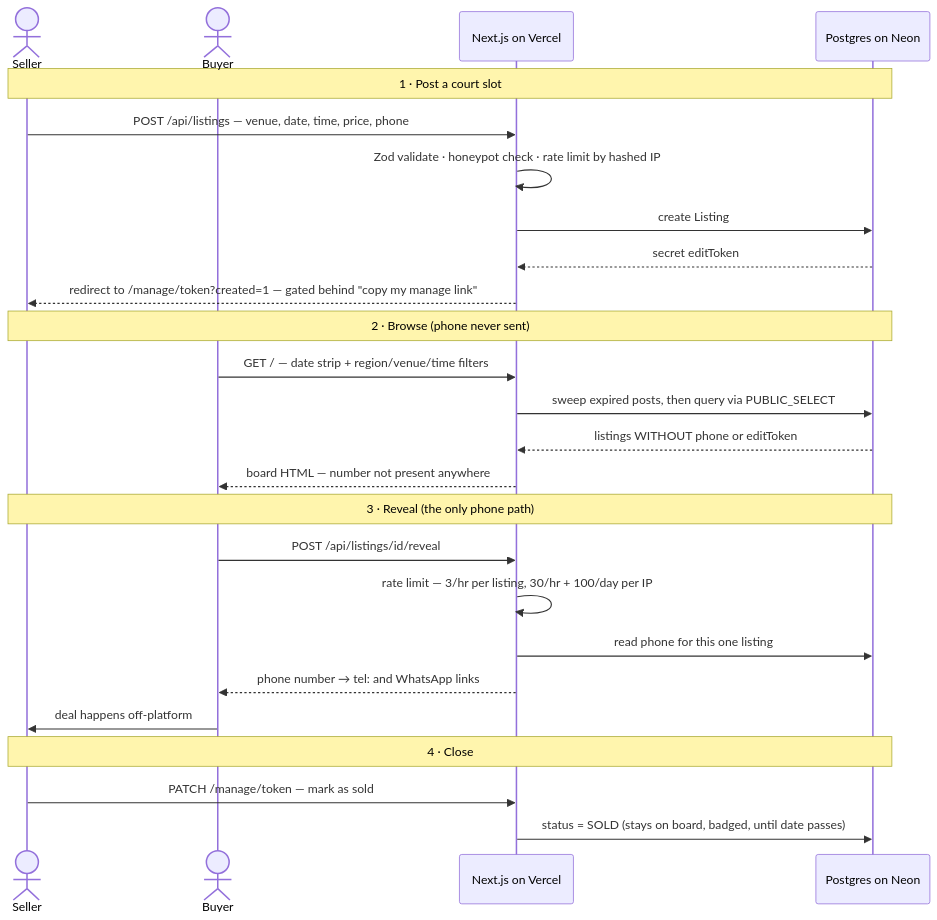
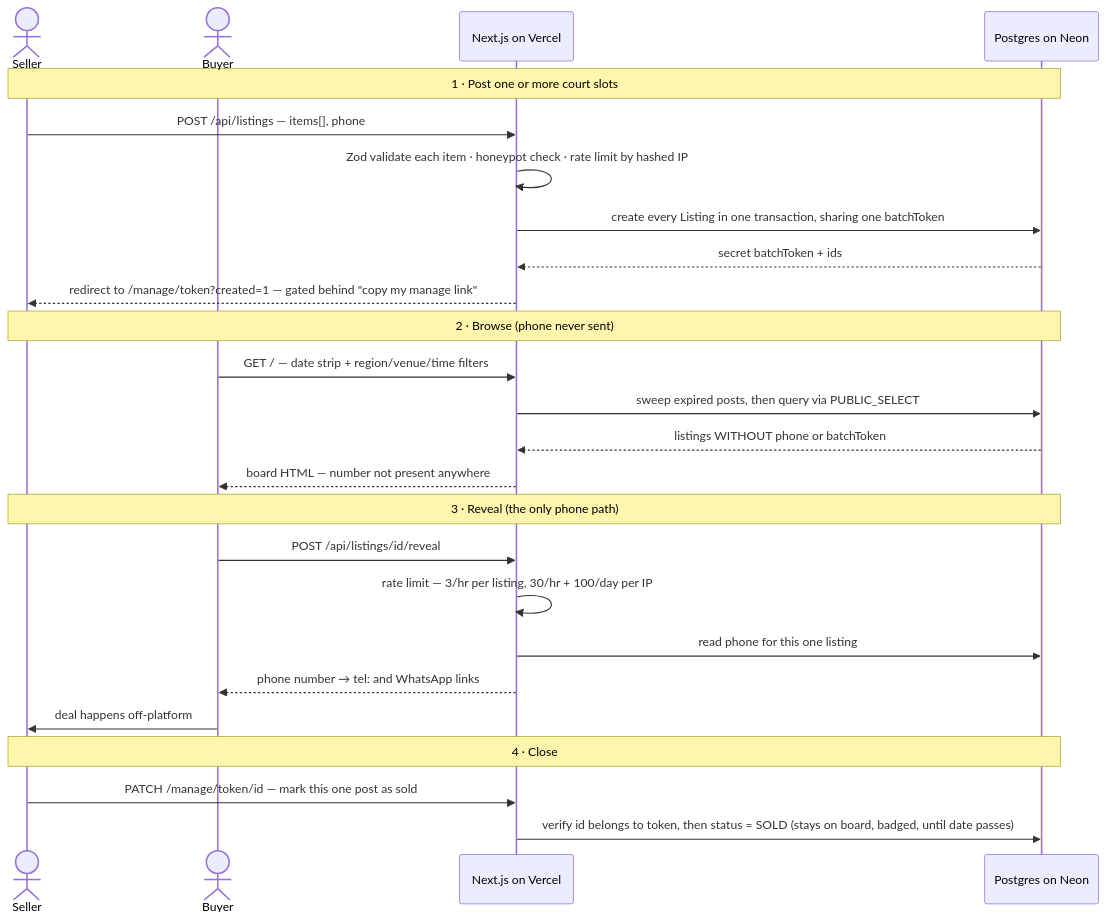
Before and after one commit to lcjj346/BadmintonCourts: the third of 3 diagrams in docs/DEVELOPMENT.md, drawn with Mermaid. The commit also changed other lines of this file and 21 other files, not shown here.

````diff
--- a/docs/DEVELOPMENT.md
+++ b/docs/DEVELOPMENT.md
@@ -135,31 +136,31 @@
 ```mermaid
 sequenceDiagram
     actor S as Seller
     actor B as Buyer
     participant App as Next.js on Vercel
     participant DB as Postgres on Neon
 
-    Note over S,DB: 1 · Post a court slot
-    S->>App: POST /api/listings — venue, date, time, price, phone
-    App->>App: Zod validate · honeypot check · rate limit by hashed IP
-    App->>DB: create Listing
-    DB-->>App: secret editToken
+    Note over S,DB: 1 · Post one or more court slots
+    S->>App: POST /api/listings — items[], phone
+    App->>App: Zod validate each item · honeypot check · rate limit by hashed IP
+    App->>DB: create every Listing in one transaction, sharing one batchToken
+    DB-->>App: secret batchToken + ids
     App-->>S: redirect to /manage/token?created=1 — gated behind "copy my manage link"
 
     Note over S,DB: 2 · Browse (phone never sent)
     B->>App: GET / — date strip + region/venue/time filters
     App->>DB: sweep expired posts, then query via PUBLIC_SELECT
-    DB-->>App: listings WITHOUT phone or editToken
+    DB-->>App: listings WITHOUT phone or batchToken
     App-->>B: board HTML — number not present anywhere
 
     Note over S,DB: 3 · Reveal (the only phone path)
     B->>App: POST /api/listings/id/reveal
     App->>App: rate limit — 3/hr per listing, 30/hr + 100/day per IP
     App->>DB: read phone for this one listing
     App-->>B: phone number → tel: and WhatsApp links
     B->>S: deal happens off-platform
 
     Note over S,DB: 4 · Close
-    S->>App: PATCH /manage/token — mark as sold
-    App->>DB: status = SOLD (stays on board, badged, until date passes)
+    S->>App: PATCH /manage/token/id — mark this one post as sold
+    App->>DB: verify id belongs to token, then status = SOLD (stays on board, badged, until date passes)
 ```
````
